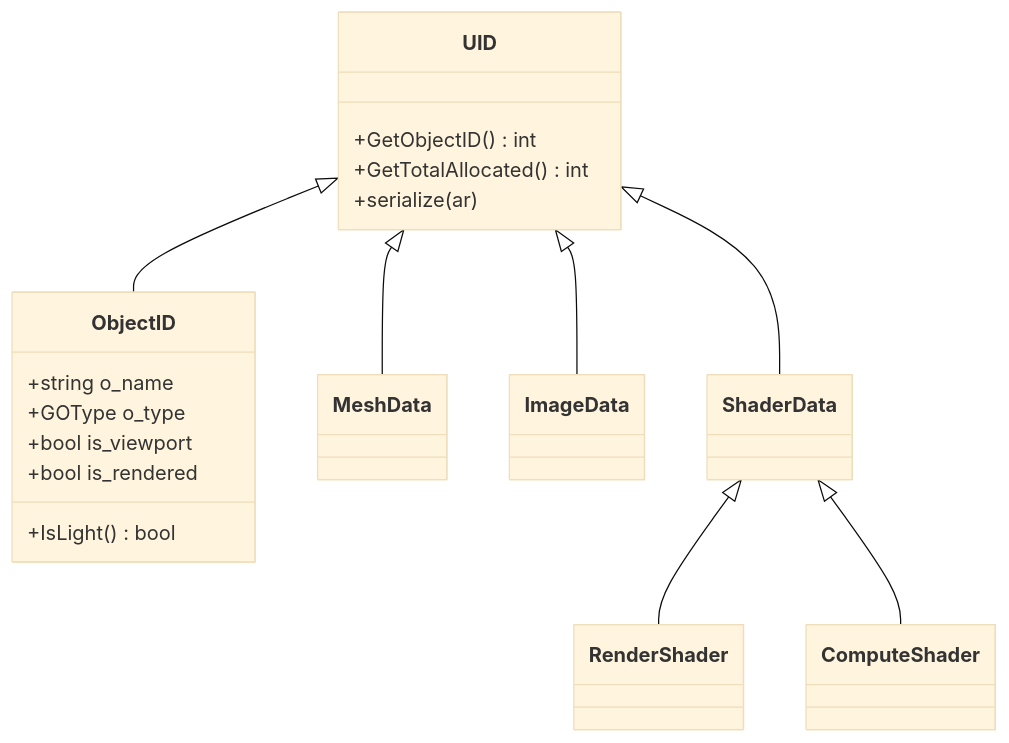
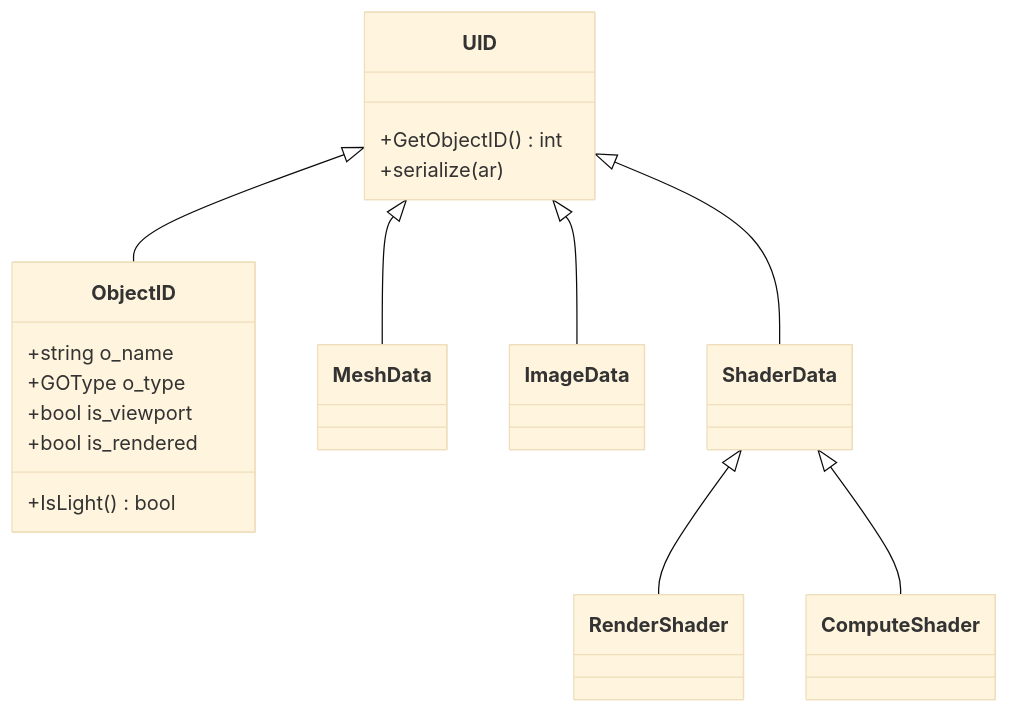
Before and after one commit to XDzZyq/Neurus: the diagram in docs/core/uid-and-resources.md, drawn with Mermaid (base theme). The commit also changed other lines of this file and 213 other files, not shown here.

````diff
--- a/docs/core/uid-and-resources.md
+++ b/docs/core/uid-and-resources.md
@@ -17,27 +16,26 @@
 ```mermaid
 classDiagram
     class UID {
         +GetObjectID() int
-        +GetTotalAllocated() int
         +serialize(ar)
     }
     class ObjectID {
         +string o_name
         +GOType o_type
         +bool is_viewport
         +bool is_rendered
         +IsLight() bool
     }
     class MeshData
     class ImageData
     class ShaderData
     class RenderShader
     class ComputeShader
 
     UID <|-- ObjectID
     UID <|-- MeshData
     UID <|-- ImageData
     UID <|-- ShaderData
     ShaderData <|-- RenderShader
     ShaderData <|-- ComputeShader
 ```
````
